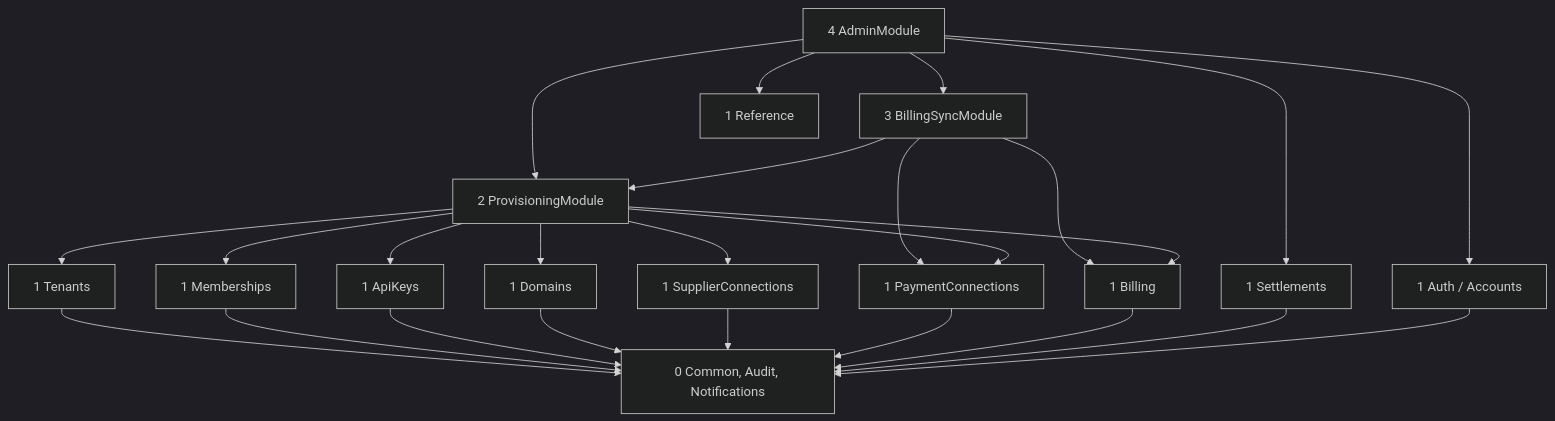
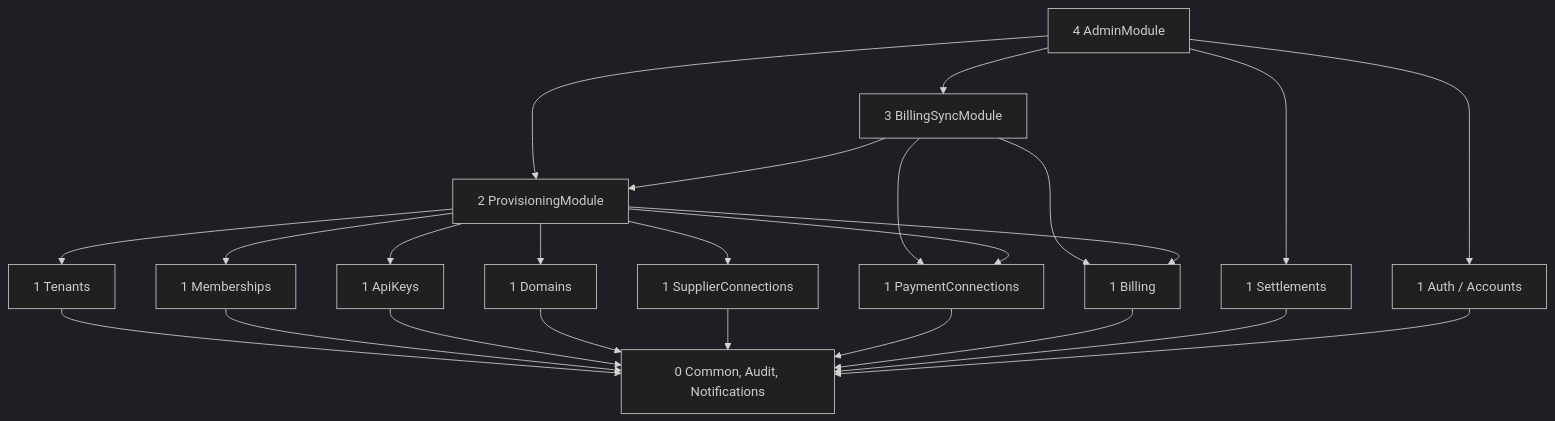
One commit to bhagwati-prasad/velexis-ota changed the diagram in platform/docs/architecture.md. Above: the diagram before and after it, drawn with Mermaid (dark theme). The commit also changed other lines of this file and 8 other files, not shown here.

````diff
--- a/platform/docs/architecture.md
+++ b/platform/docs/architecture.md
@@ -47,11 +48,11 @@
 ```mermaid
 flowchart TB
   admin["4 AdminModule"] --> sync["3 BillingSyncModule"]
   admin --> prov
   sync --> prov["2 ProvisioningModule"]
   sync --> billing
   sync --> pay
   prov --> tenants["1 Tenants"] & mem["1 Memberships"] & keys["1 ApiKeys"] & dom["1 Domains"] & sup["1 SupplierConnections"] & pay["1 PaymentConnections"] & billing["1 Billing"]
-  admin --> stl["1 Settlements"] & auth["1 Auth / Accounts"] & ref["1 Reference"]
+  admin --> stl["1 Settlements"] & auth["1 Auth / Accounts"]
   tenants & mem & keys & dom & sup & pay & billing & stl & auth --> base["0 Common, Audit, Notifications"]
 ```
````
